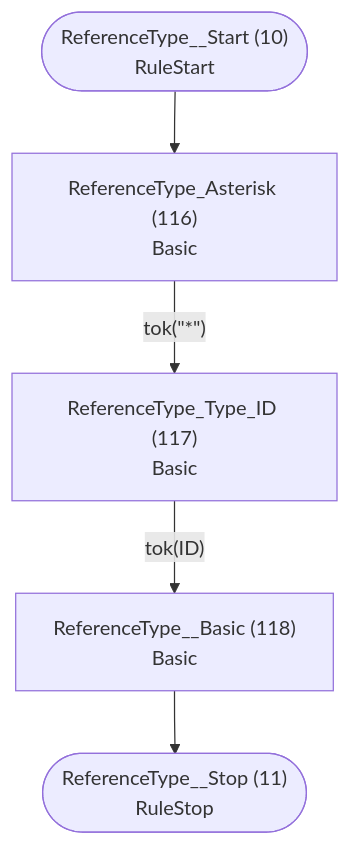
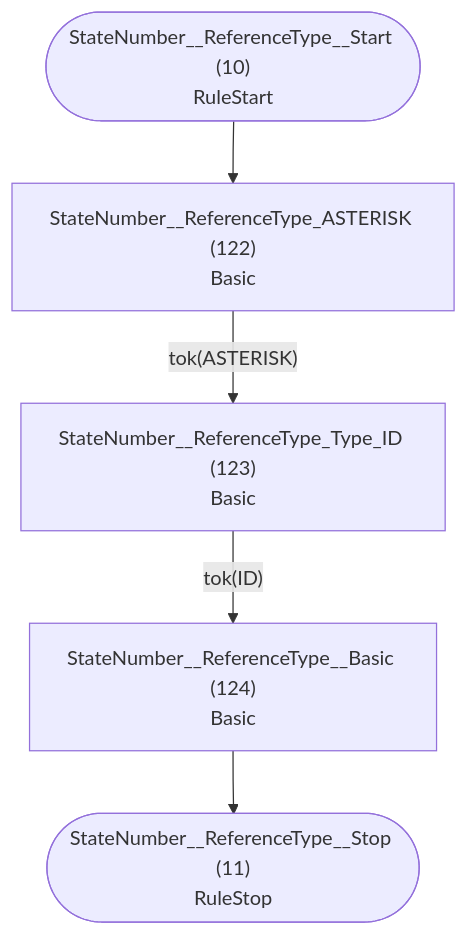
One commit to TypeFox/fastbelt changed the sixth of 32 diagrams in internal/grammar/atn.md. Above: the diagram before and after it, drawn with Mermaid. The commit also changed other lines of this file and 5 other files, not shown here.

````diff
--- a/internal/grammar/atn.md
+++ b/internal/grammar/atn.md
@@ -184,13 +184,13 @@
 ```mermaid
 flowchart TD
-    q10(["ReferenceType__Start (10)<br/>RuleStart"])
-    q11(["ReferenceType__Stop (11)<br/>RuleStop"])
-    q116["ReferenceType_Asterisk (116)<br/>Basic<br/>"]
-    q117["ReferenceType_Type_ID (117)<br/>Basic<br/>"]
-    q118["ReferenceType__Basic (118)<br/>Basic<br/>"]
+    q10(["StateNumber__ReferenceType__Start (10)<br/>RuleStart"])
+    q11(["StateNumber__ReferenceType__Stop (11)<br/>RuleStop"])
+    q122["StateNumber__ReferenceType_ASTERISK (122)<br/>Basic<br/>"]
+    q123["StateNumber__ReferenceType_Type_ID (123)<br/>Basic<br/>"]
+    q124["StateNumber__ReferenceType__Basic (124)<br/>Basic<br/>"]
 
-    q10 --> q116
-    q116 -->|"tok(&quot;*&quot;)"| q117
-    q117 -->|"tok(ID)"| q118
-    q118 --> q11
+    q10 --> q122
+    q122 -->|"tok(ASTERISK)"| q123
+    q123 -->|"tok(ID)"| q124
+    q124 --> q11
 ```
````
